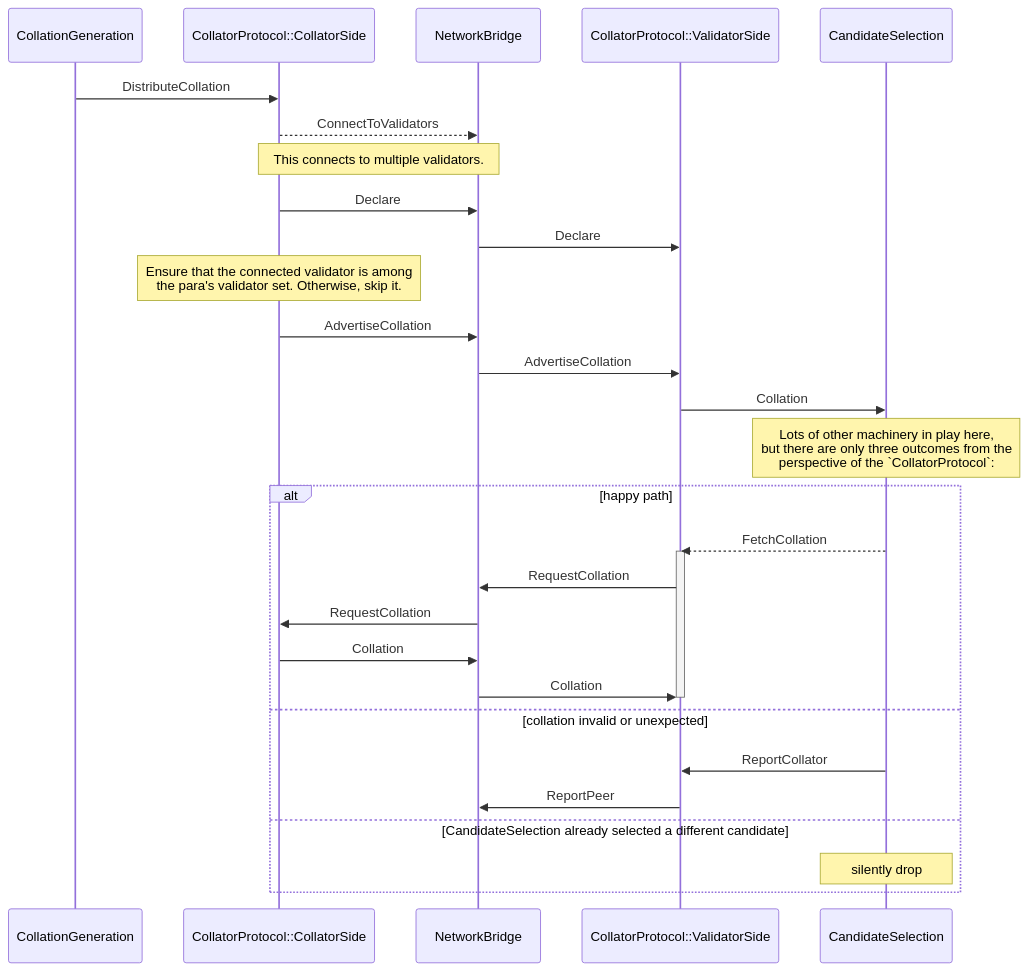
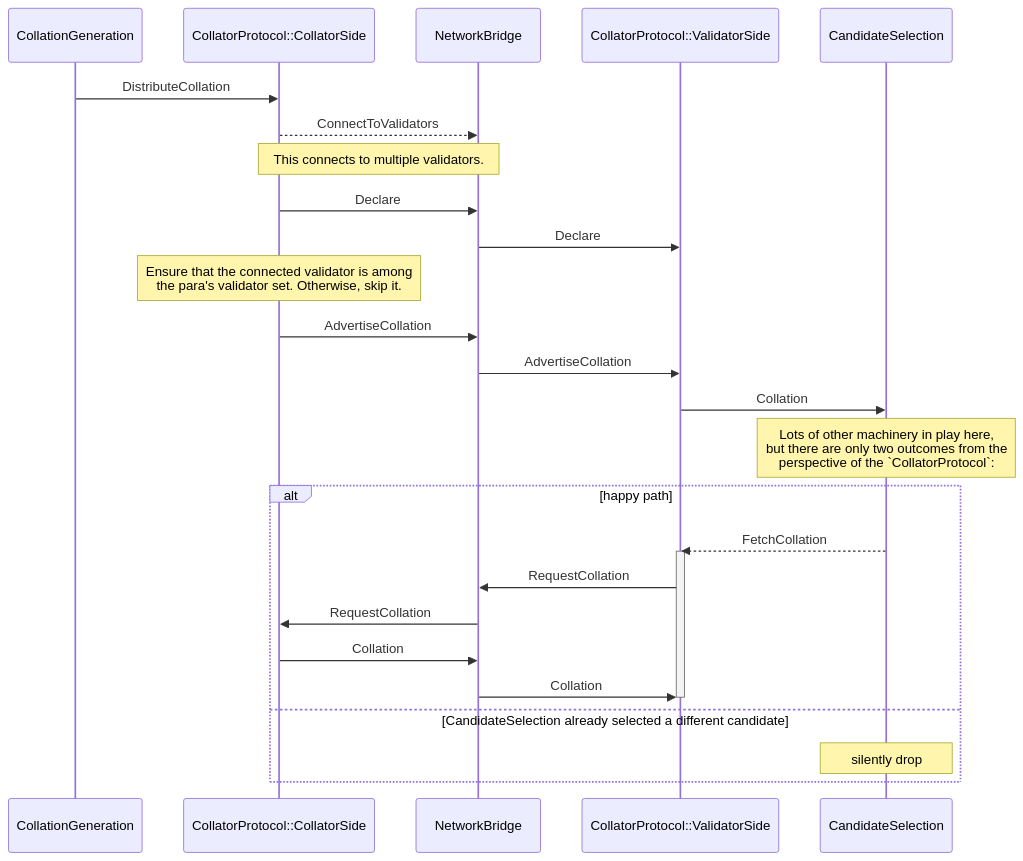
Before and after one commit to paritytech/polkadot-sdk: the third of 10 diagrams in polkadot/roadmap/implementers-guide/src/node/subsystems-and-jobs.md, drawn with Mermaid. The commit also changed other lines of this file and 6 other files, not shown here.

Commit message:
remove ReportCollator message

````diff
--- a/polkadot/roadmap/implementers-guide/src/node/subsystems-and-jobs.md
+++ b/polkadot/roadmap/implementers-guide/src/node/subsystems-and-jobs.md
@@ -211,42 +210,38 @@
 ```mermaid
 sequenceDiagram
     participant CollationGeneration
     participant CS as CollatorProtocol::CollatorSide
     participant NB as NetworkBridge
     participant VS as CollatorProtocol::ValidatorSide
     participant CandidateSelection
 
     CollationGeneration ->> CS: DistributeCollation
     CS -->> NB: ConnectToValidators
 
     Note over CS,NB: This connects to multiple validators.
 
     CS ->> NB: Declare
     NB ->> VS: Declare
 
     Note over CS: Ensure that the connected validator is among<br/>the para's validator set. Otherwise, skip it.
 
     CS ->> NB: AdvertiseCollation
     NB ->> VS: AdvertiseCollation
 
     VS ->> CandidateSelection: Collation
 
-    Note over CandidateSelection: Lots of other machinery in play here,<br/>but there are only three outcomes from the<br/>perspective of the `CollatorProtocol`:
+    Note over CandidateSelection: Lots of other machinery in play here,<br/>but there are only two outcomes from the<br/>perspective of the `CollatorProtocol`:
 
     alt happy path
         CandidateSelection -->> VS: FetchCollation
         Activate VS
         VS ->> NB: RequestCollation
         NB ->> CS: RequestCollation
         CS ->> NB: Collation
         NB ->> VS: Collation
         Deactivate VS
 
-    else collation invalid or unexpected
-        CandidateSelection ->> VS: ReportCollator
-        VS ->> NB: ReportPeer
-
     else CandidateSelection already selected a different candidate
         Note over CandidateSelection: silently drop
     end
 ```
````
